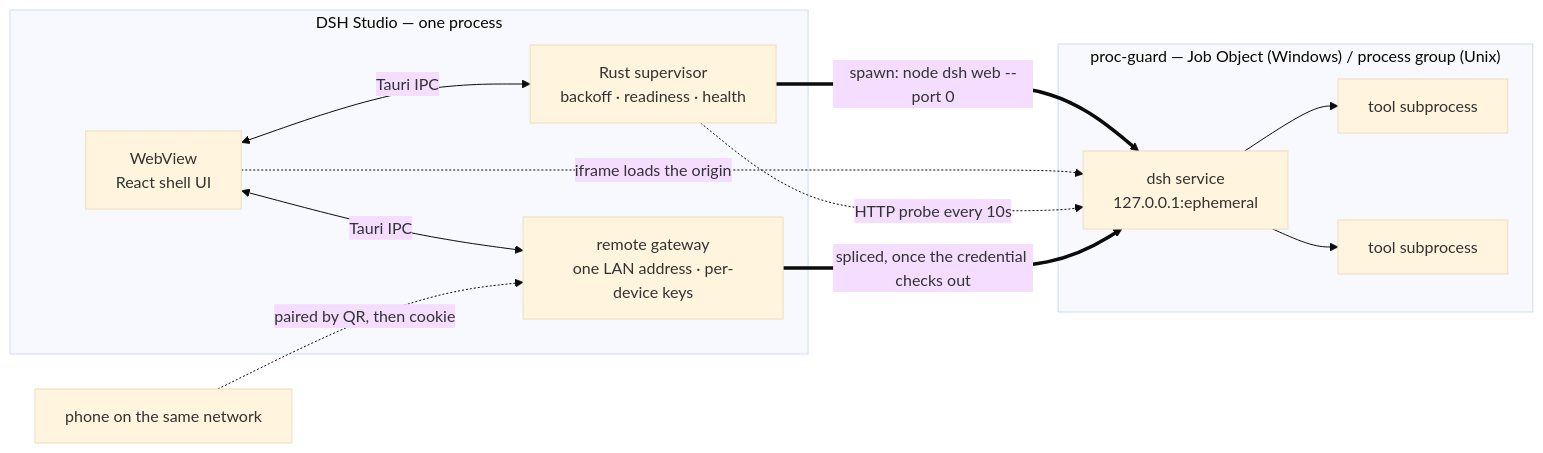
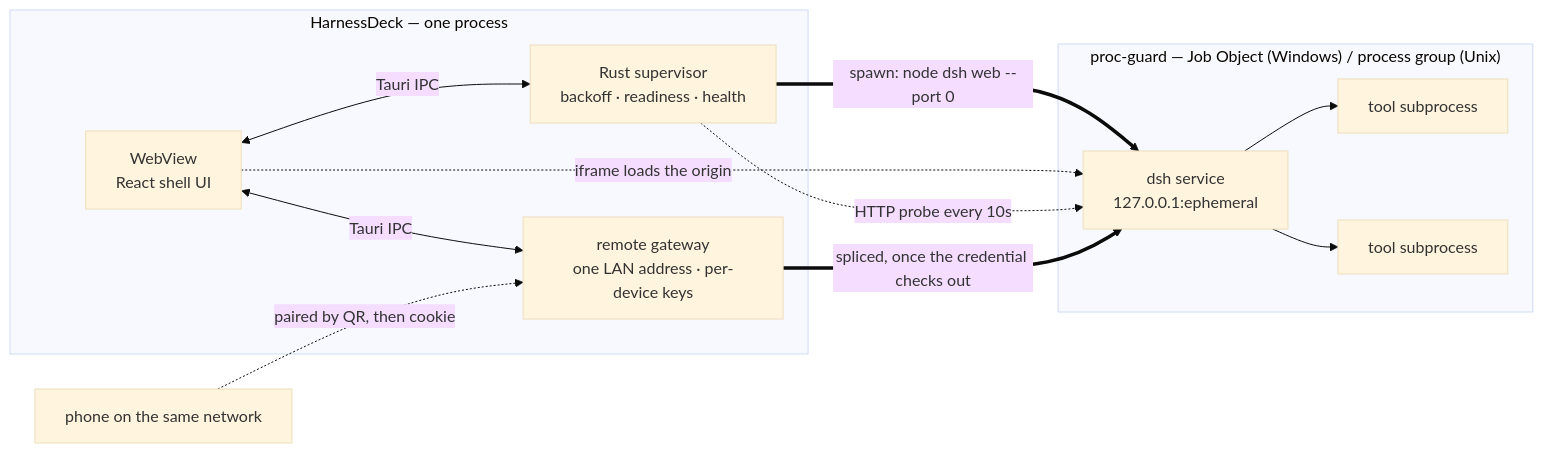
Before and after one commit to duyanta123/HarnessDeck: the diagram in README.md, drawn with Mermaid (base theme). The commit also changed other lines of this file and 76 other files, not shown here.

Commit message:
feat: add multi-project workspaces and rebrand to HarnessDeck

````diff
--- a/README.md
+++ b/README.md
@@ -139,27 +139,27 @@
 ```mermaid
 flowchart LR
   phone["phone on the same network"]
 
-  subgraph app["DSH Studio — one process"]
+  subgraph app["HarnessDeck — one process"]
     ui["WebView<br/>React shell UI"]
     sup["Rust supervisor<br/>backoff · readiness · health"]
     gw["remote gateway<br/>one LAN address · per-device keys"]
     ui <-->|Tauri IPC| sup
     ui <-->|Tauri IPC| gw
   end
 
   sup ==>|"spawn: node dsh web --port 0"| dsh
 
   subgraph guard["proc-guard — Job Object (Windows) / process group (Unix)"]
     dsh["dsh service<br/>127.0.0.1:ephemeral"]
     t1["tool subprocess"]
     t2["tool subprocess"]
     dsh --> t1
     dsh --> t2
   end
 
   ui -.->|iframe loads the origin| dsh
   sup -.->|"HTTP probe every 10s"| dsh
   phone -.->|"paired by QR, then cookie"| gw
   gw ==>|"spliced, once the credential checks out"| dsh
 ```
````
